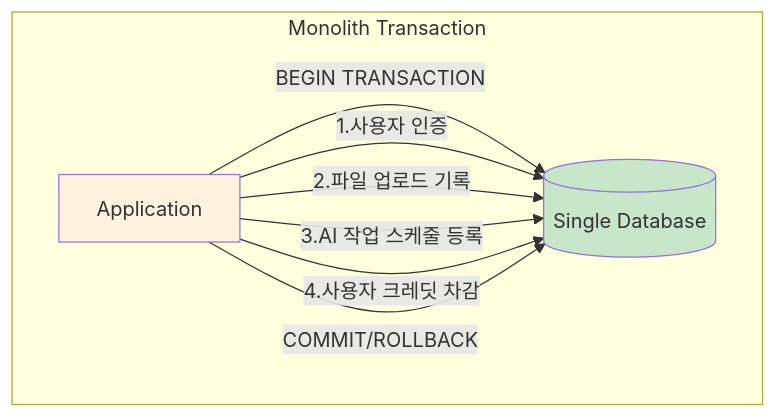
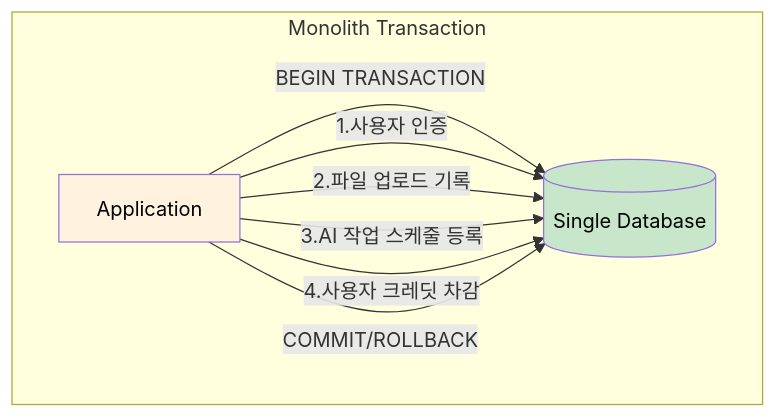
The first of 7 diagrams in study/msa-experience/5-mission.md (isinthesky/isinthesky), drawn with Mermaid before and after one commit. The commit also changed other lines of this file and 4 other files, not shown here.

````diff
--- a/study/msa-experience/5-mission.md
+++ b/study/msa-experience/5-mission.md
@@ -11,17 +11,17 @@
 ```mermaid
 graph TB
     subgraph "Monolith Transaction"
         App[Application]
         DB[(Single Database)]
         
         App -->|"BEGIN TRANSACTION"| DB
         App -->|"1.사용자 인증"| DB
         App -->|"2.파일 업로드 기록"| DB
         App -->|"3.AI 작업 스케줄 등록"| DB
         App -->|"4.사용자 크레딧 차감"| DB
         App -->|"COMMIT/ROLLBACK"| DB
     end
     
-    style DB fill:#c8e6c9
-    style App fill:#fff3e0
+    style DB fill:#c8e6c9,color:#000
+    style App fill:#fff3e0,color:#000
 ```
````
